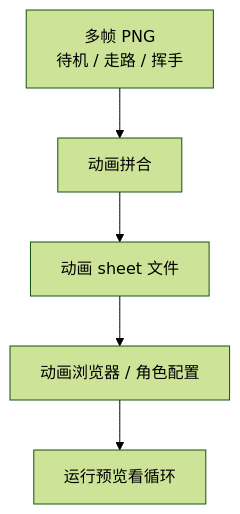
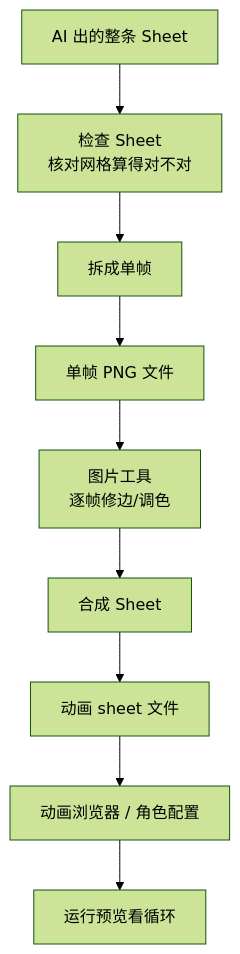
Before and after one commit to wubugui/GDoc: the diagram in docs/editors/workbench/anim-sheet.md, drawn with Mermaid (forest theme). The commit also changed other lines of this file and 112 other files, not shown here.

````diff
--- a/docs/editors/workbench/anim-sheet.md
+++ b/docs/editors/workbench/anim-sheet.md
@@ -33,7 +40,11 @@
 ```mermaid
 flowchart TB
-    FRAMES[多帧 PNG<br/>待机 / 走路 / 挥手] --> SHEET[动画拼合]
-    SHEET --> OUT[动画 sheet 文件]
+    SHEET[AI 出的整条 Sheet] --> INSPECT[检查 Sheet<br/>核对网格算得对不对]
+    INSPECT --> SPLIT[拆成单帧]
+    SPLIT --> FRAMES[单帧 PNG 文件]
+    FRAMES --> FIX[图片工具<br/>逐帧修边/调色]
+    FIX --> COMPOSE[合成 Sheet]
+    COMPOSE --> OUT[动画 sheet 文件]
     OUT --> ANIM[动画浏览器 / 角色配置]
     ANIM --> PRE[运行预览看循环]
 ```
````
